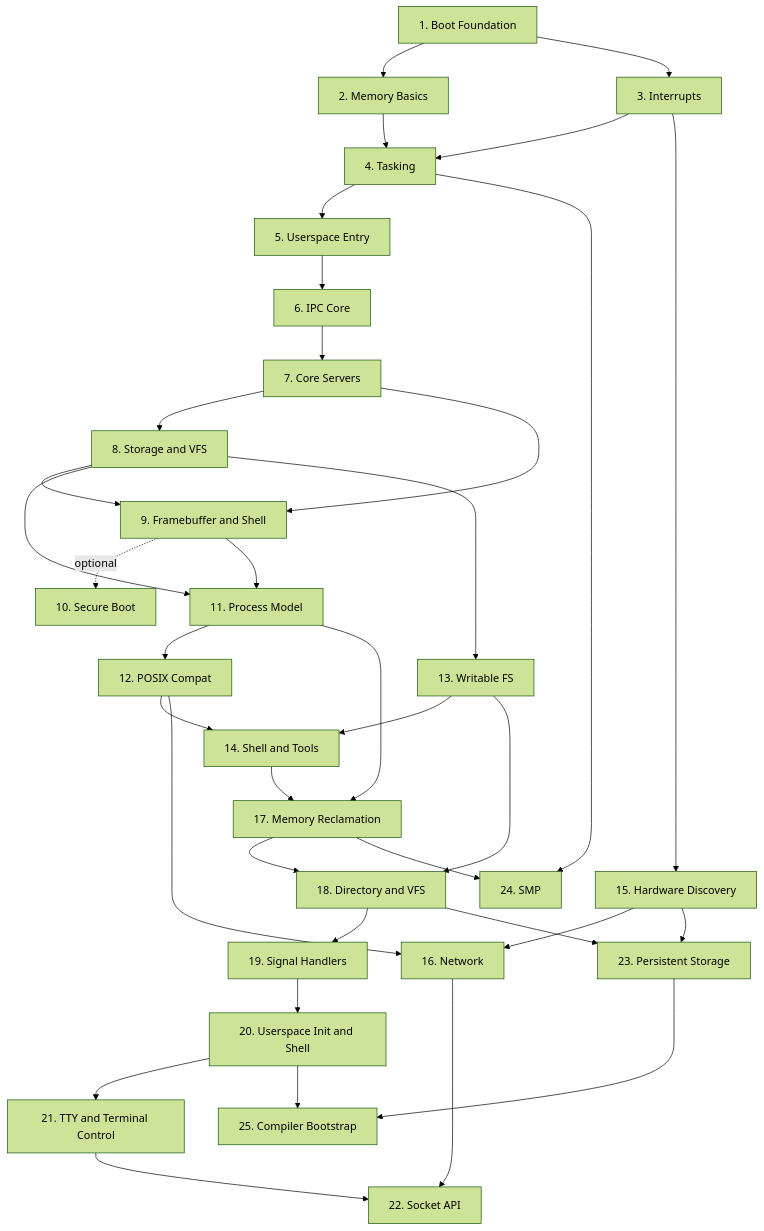
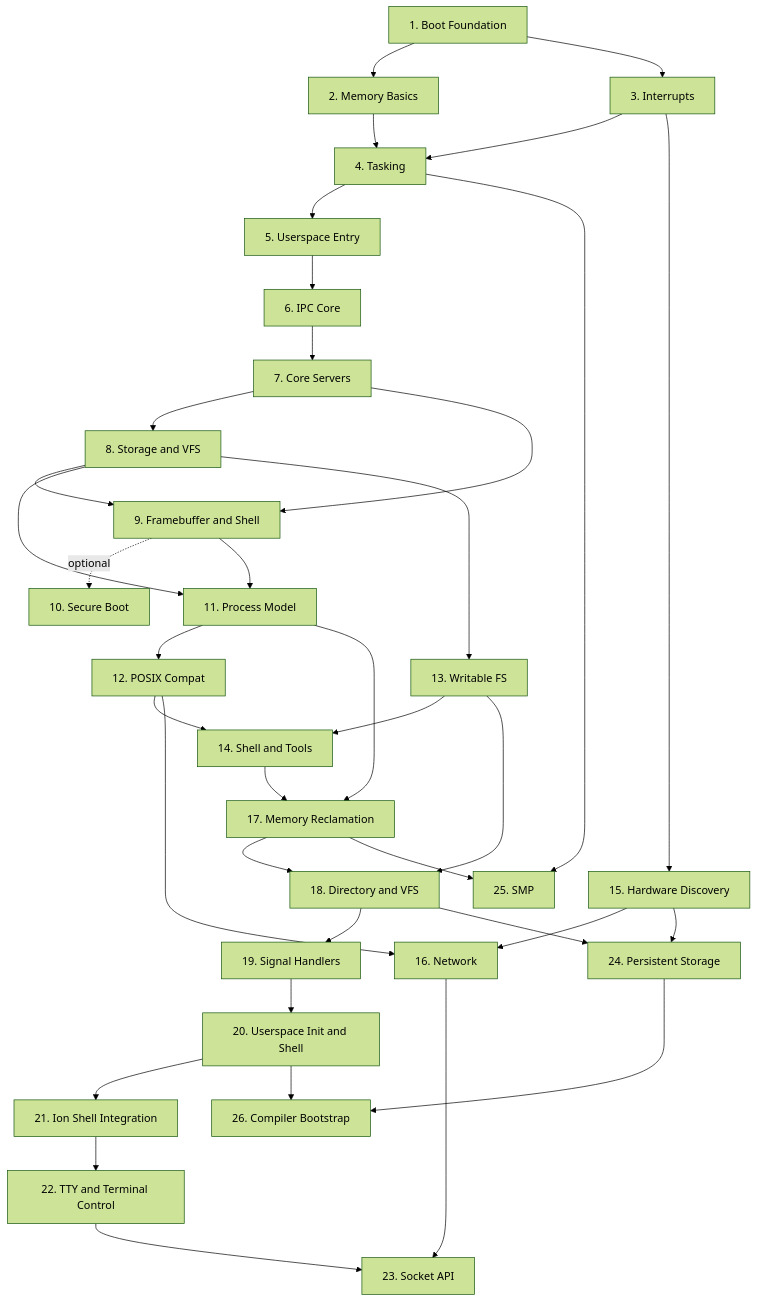
Before and after one commit to mikecubed/m3OS: the diagram in docs/08-roadmap.md, drawn with Mermaid (forest theme). The commit also changed other lines of this file and 14 other files, not shown here.

First line of the commit message:
docs: add Phase 21 (Ion Shell Integration) and renumber phases 21-25 → 22-26 (#21)

````diff
--- a/docs/08-roadmap.md
+++ b/docs/08-roadmap.md
@@ -11,48 +11,49 @@
 ```mermaid
 flowchart TD
     P1["1. Boot Foundation"]
     P2["2. Memory Basics"]
     P3["3. Interrupts"]
     P4["4. Tasking"]
     P5["5. Userspace Entry"]
     P6["6. IPC Core"]
     P7["7. Core Servers"]
     P8["8. Storage and VFS"]
     P9["9. Framebuffer and Shell"]
 
     P1 --> P2
     P1 --> P3
     P2 --> P4
     P3 --> P4
     P4 --> P5
     P5 --> P6
     P6 --> P7
     P7 --> P8
     P7 --> P9
     P8 --> P9
     P9 -.->|optional| P10["10. Secure Boot"]
     P9 --> P11["11. Process Model"]
     P8 --> P11
     P11 --> P12["12. POSIX Compat"]
     P8 --> P13["13. Writable FS"]
     P12 --> P14["14. Shell and Tools"]
     P13 --> P14
     P3 --> P15["15. Hardware Discovery"]
     P12 --> P16["16. Network"]
     P15 --> P16
     P14 --> P17["17. Memory Reclamation"]
     P11 --> P17
     P17 --> P18["18. Directory and VFS"]
     P13 --> P18
     P18 --> P19["19. Signal Handlers"]
     P19 --> P20["20. Userspace Init and Shell"]
-    P20 --> P21["21. TTY and Terminal Control"]
-    P16 --> P22["22. Socket API"]
-    P21 --> P22
-    P18 --> P23["23. Persistent Storage"]
-    P15 --> P23
-    P17 --> P24["24. SMP"]
-    P4 --> P24
-    P20 --> P25["25. Compiler Bootstrap"]
-    P23 --> P25
+    P20 --> P21["21. Ion Shell Integration"]
+    P21 --> P22["22. TTY and Terminal Control"]
+    P16 --> P23["23. Socket API"]
+    P22 --> P23
+    P18 --> P24["24. Persistent Storage"]
+    P15 --> P24
+    P17 --> P25["25. SMP"]
+    P4 --> P25
+    P20 --> P26["26. Compiler Bootstrap"]
+    P24 --> P26
 ```
````
